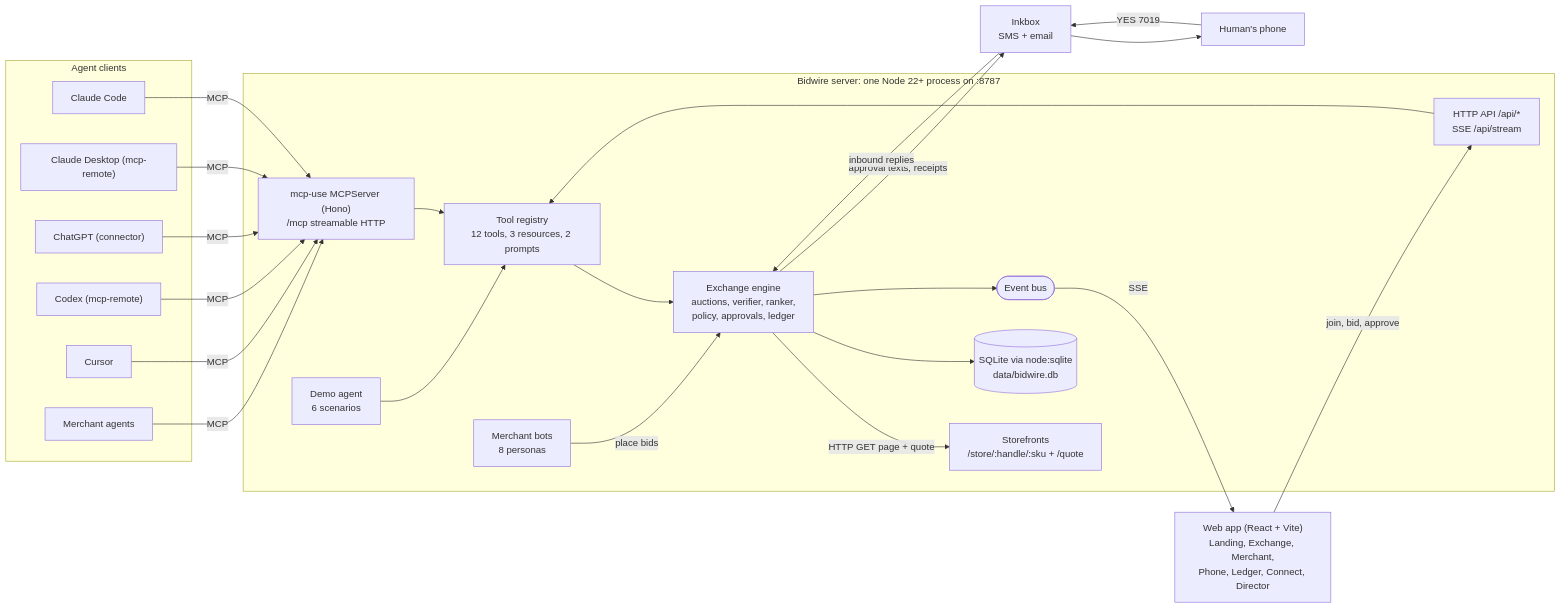
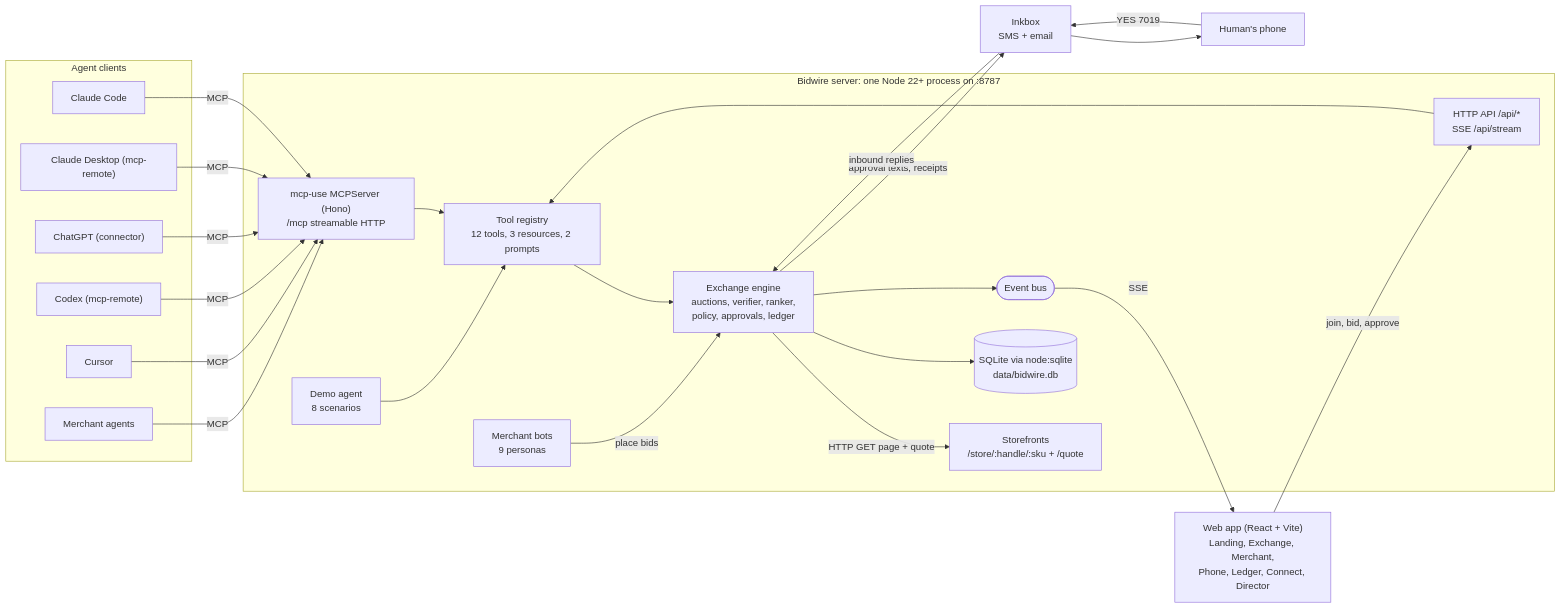
The second of 2 diagrams in README.md (vnmoorthy/bidwire), drawn with Mermaid before and after one commit. The commit also changed other lines of this file, not shown here.

````diff
--- a/README.md
+++ b/README.md
@@ -141,43 +141,43 @@
 ```mermaid
 flowchart LR
     subgraph clients["Agent clients"]
         CC["Claude Code"]
         CD["Claude Desktop (mcp-remote)"]
         GPT["ChatGPT (connector)"]
         CX["Codex (mcp-remote)"]
         CU["Cursor"]
         MA["Merchant agents"]
     end
 
     subgraph server["Bidwire server: one Node 22+ process on :8787"]
         MCP["mcp-use MCPServer (Hono)<br/>/mcp streamable HTTP"]
         API["HTTP API /api/*<br/>SSE /api/stream"]
         REG["Tool registry<br/>12 tools, 3 resources, 2 prompts"]
         EX["Exchange engine<br/>auctions, verifier, ranker,<br/>policy, approvals, ledger"]
-        BOTS["Merchant bots<br/>8 personas"]
-        DEMO["Demo agent<br/>6 scenarios"]
+        BOTS["Merchant bots<br/>9 personas"]
+        DEMO["Demo agent<br/>8 scenarios"]
         BUS(["Event bus"])
         SF["Storefronts<br/>/store/:handle/:sku + /quote"]
         DB[("SQLite via node:sqlite<br/>data/bidwire.db")]
     end
 
     WEB["Web app (React + Vite)<br/>Landing, Exchange, Merchant,<br/>Phone, Ledger, Connect, Director"]
     INK["Inkbox<br/>SMS + email"]
     PHONE["Human's phone"]
 
     CC & CD & GPT & CX & CU & MA -->|MCP| MCP
     MCP --> REG
     API --> REG
     DEMO --> REG
     REG --> EX
     BOTS -->|place bids| EX
     EX -->|HTTP GET page + quote| SF
     EX --> DB
     EX --> BUS
     BUS -->|SSE| WEB
     WEB -->|join, bid, approve| API
     EX -->|approval texts, receipts| INK
     INK --> PHONE
     PHONE -->|"YES 7019"| INK
     INK -->|inbound replies| EX
 ```
````
